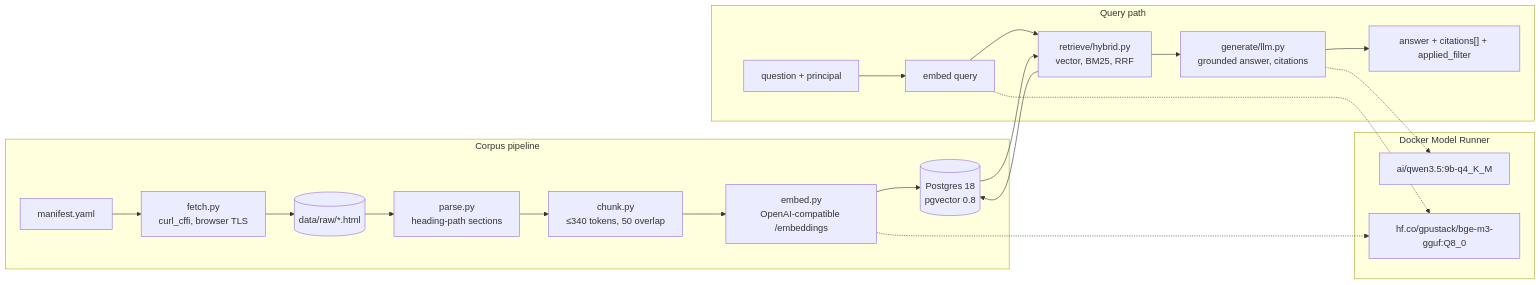
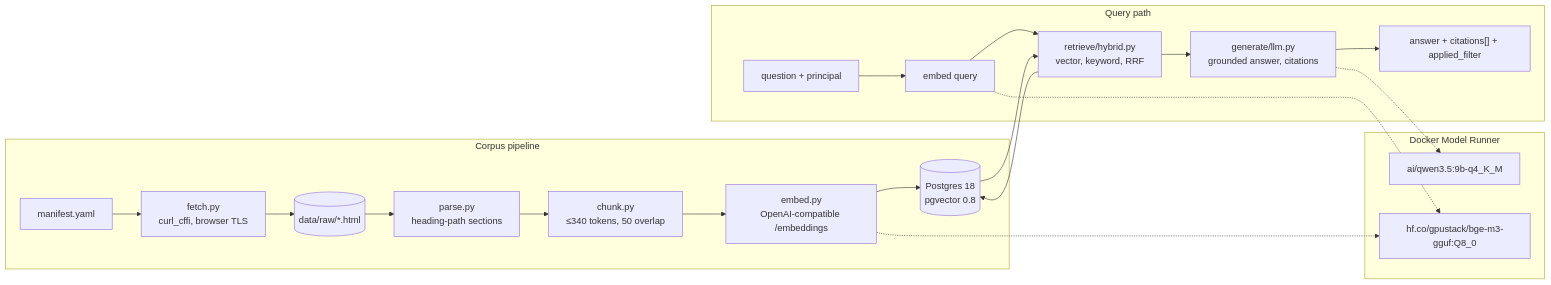
Before and after one commit to sadohert/hts-sovrag: the first of 2 diagrams in docs/architecture.md, drawn with Mermaid. The commit also changed other lines of this file and 3 other files, not shown here.

````diff
--- a/docs/architecture.md
+++ b/docs/architecture.md
@@ -7,29 +7,29 @@
 ```mermaid
 flowchart LR
   subgraph corpus [Corpus pipeline]
     M[manifest.yaml] --> F[fetch.py<br/>curl_cffi, browser TLS]
     F --> R[(data/raw/*.html)]
     R --> P[parse.py<br/>heading-path sections]
     P --> C[chunk.py<br/>&le;340 tokens, 50 overlap]
     C --> E[embed.py<br/>OpenAI-compatible /embeddings]
     E --> S[(Postgres 18<br/>pgvector 0.8)]
   end
 
   subgraph serve [Query path]
     Q[question + principal] --> QE[embed query]
-    QE --> RT[retrieve/hybrid.py<br/>vector, BM25, RRF]
+    QE --> RT[retrieve/hybrid.py<br/>vector, keyword, RRF]
     RT --> S
     S --> RT
     RT --> G[generate/llm.py<br/>grounded answer, citations]
     G --> A["answer + citations[] + applied_filter"]
   end
 
   subgraph models [Docker Model Runner]
     LLM["ai/qwen3.5:9b-q4_K_M"]
     EMB["hf.co/gpustack/bge-m3-gguf:Q8_0"]
   end
 
   E -.-> EMB
   QE -.-> EMB
   G -.-> LLM
 ```
````
